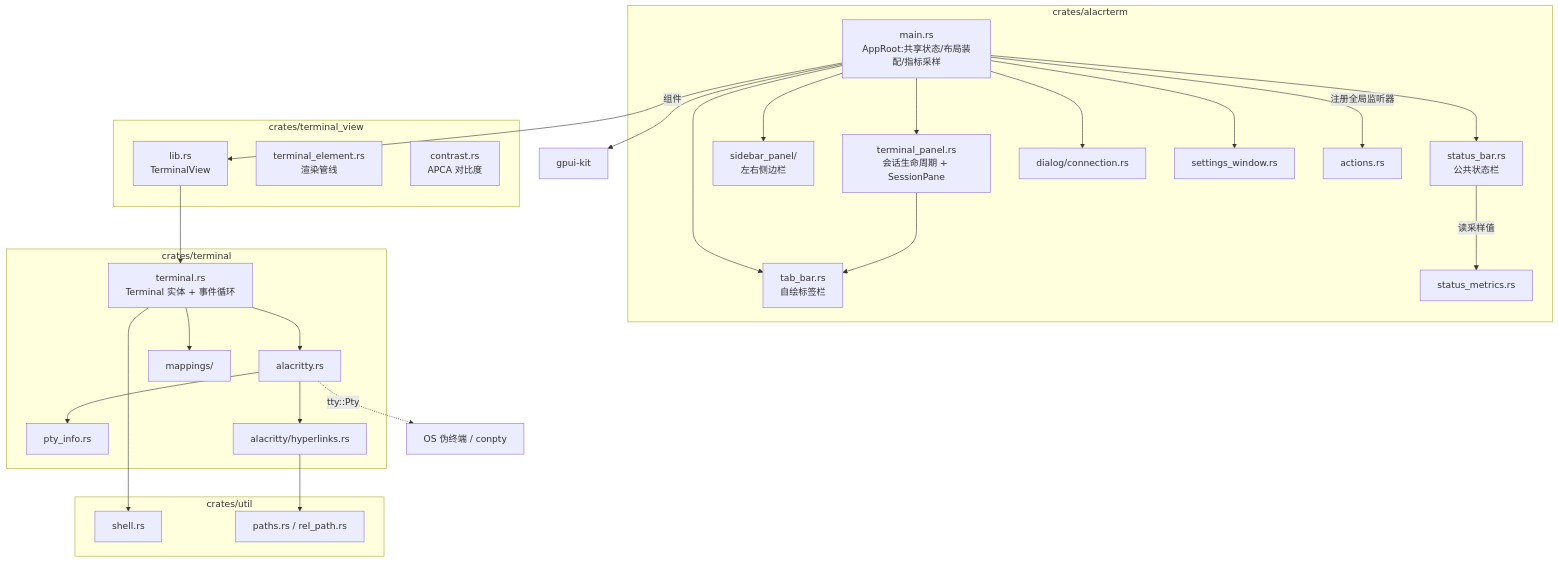
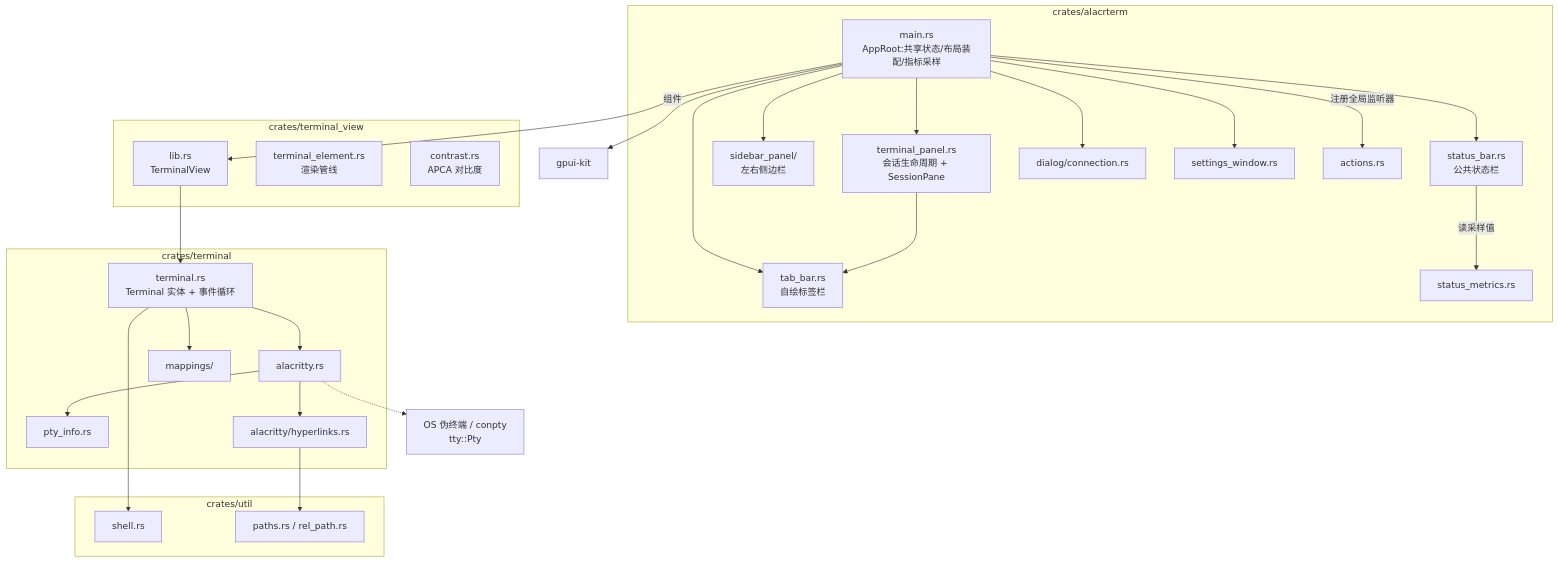
Before and after one commit to zephyraluco/alacrterm: the first of 4 diagrams in docs/terminal-architecture.md, drawn with Mermaid. The commit also changed other lines of this file and 2 other files, not shown here.

````diff
--- a/docs/terminal-architecture.md
+++ b/docs/terminal-architecture.md
@@ -42,53 +40,53 @@
 ```mermaid
 graph TB
     subgraph app层[crates/alacrterm]
         MAIN[main.rs<br/>AppRoot:共享状态/布局装配/指标采样]
         SBAR[status_bar.rs<br/>公共状态栏]
         SIDE[sidebar_panel/<br/>左右侧边栏]
         TPANEL[terminal_panel.rs<br/>会话生命周期 + SessionPane]
         TABBAR[tab_bar.rs<br/>自绘标签栏]
         DIALOG[dialog/connection.rs]
         SETWIN[settings_window.rs]
         METRICS[status_metrics.rs]
         ACT[actions.rs]
     end
 
     subgraph view层[crates/terminal_view]
         VIEW[lib.rs<br/>TerminalView]
         ELEM[terminal_element.rs<br/>渲染管线]
         CONTRAST[contrast.rs<br/>APCA 对比度]
     end
 
     subgraph core层[crates/terminal]
         TERM[terminal.rs<br/>Terminal 实体 + 事件循环]
         ALAC[alacritty.rs]
         PTYINFO[pty_info.rs]
         HYPER[alacritty/hyperlinks.rs]
         MAP[mappings/]
     end
 
     subgraph util层[crates/util]
         SHELL[shell.rs]
         PATH[paths.rs / rel_path.rs]
     end
 
     MAIN --> VIEW
     MAIN --> SIDE
     MAIN --> TPANEL
     MAIN --> TABBAR
     MAIN --> SBAR
     MAIN --> DIALOG
     MAIN --> SETWIN
     MAIN -->|注册全局监听器| ACT
     MAIN -->|组件| GPUIC[gpui-kit]
     SBAR -->|读采样值| METRICS
     TPANEL --> TABBAR
     VIEW --> TERM
     TERM --> ALAC
     TERM --> MAP
     TERM --> SHELL
     ALAC --> PTYINFO
     ALAC --> HYPER
     HYPER --> PATH
-    ALAC -.tty::Pty.-> OS[OS 伪终端 / conpty]
+    ALAC -.-> OS["OS 伪终端 / conpty<br/>tty::Pty"]
 ```
````
